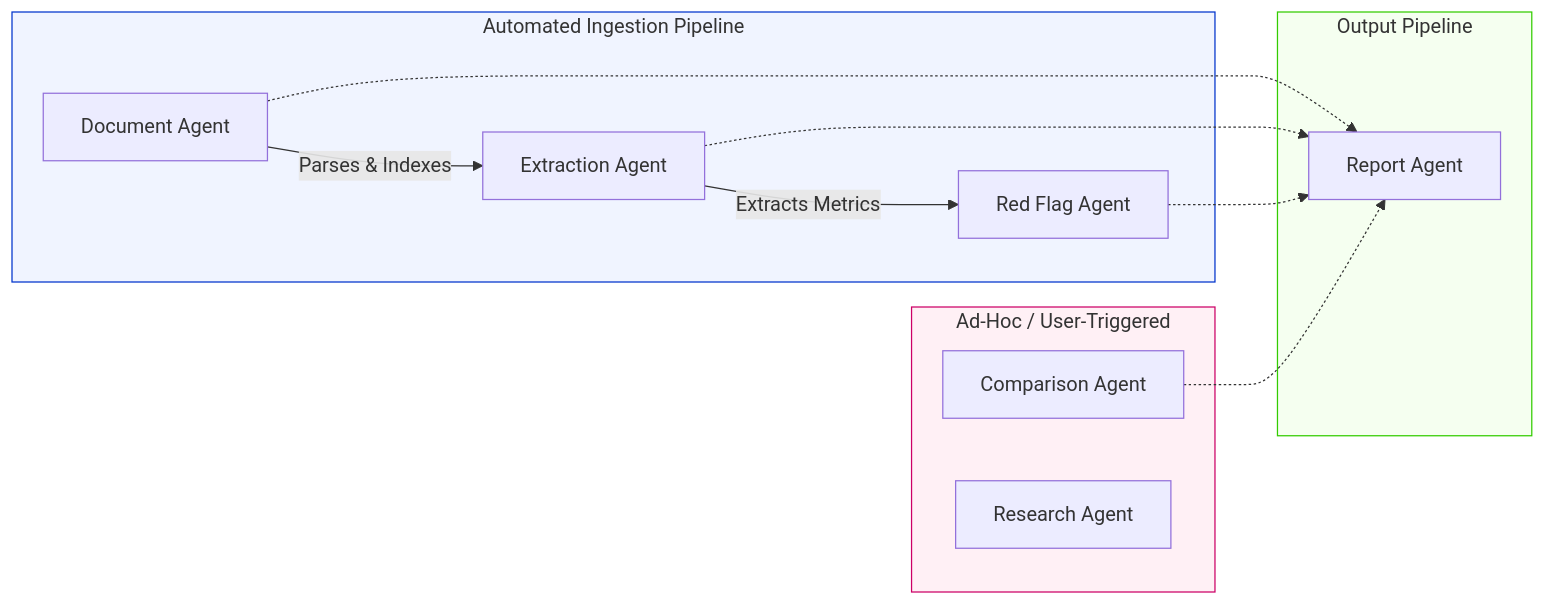
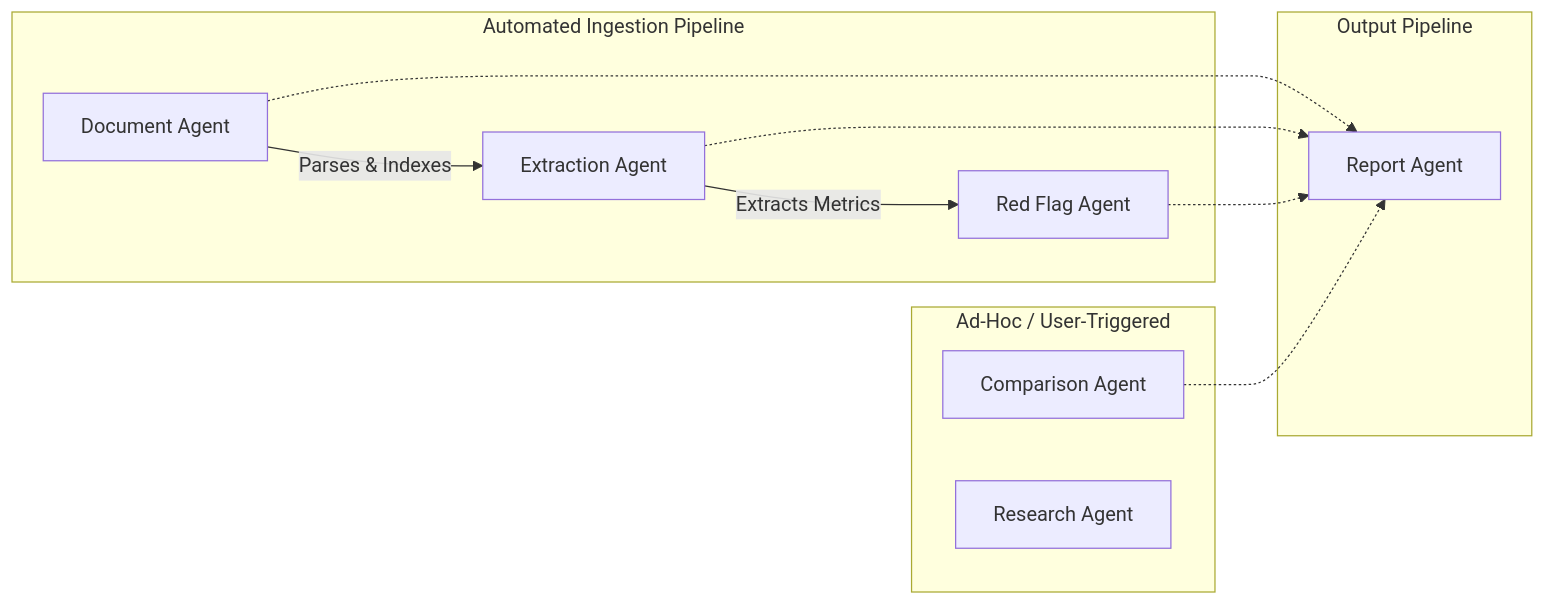
The second of 3 diagrams in README.md (samratmaurya1217/multi-agent-financial-research-system), drawn with Mermaid before and after one commit.

Commit message:
fix: remove hardcoded mermaid styles for better dark mode compatibility

````diff
--- a/README.md
+++ b/README.md
@@ -104,25 +104,21 @@
 ```mermaid
 flowchart LR
     subgraph Pipeline["Automated Ingestion Pipeline"]
         A1[Document Agent] -->|Parses & Indexes| A2[Extraction Agent]
         A2 -->|Extracts Metrics| A3[Red Flag Agent]
     end
     
     subgraph AdHoc["Ad-Hoc / User-Triggered"]
         B1[Comparison Agent]
         B2[Research Agent]
     end
     
     subgraph Export["Output Pipeline"]
         C1[Report Agent]
     end
 
     A1 -.-> C1
     A2 -.-> C1
     A3 -.-> C1
     B1 -.-> C1
-    
-    style Pipeline fill:#f0f4ff,stroke:#0033cc
-    style AdHoc fill:#fff0f5,stroke:#cc0066
-    style Export fill:#f5fff0,stroke:#33cc00
 ```
````
